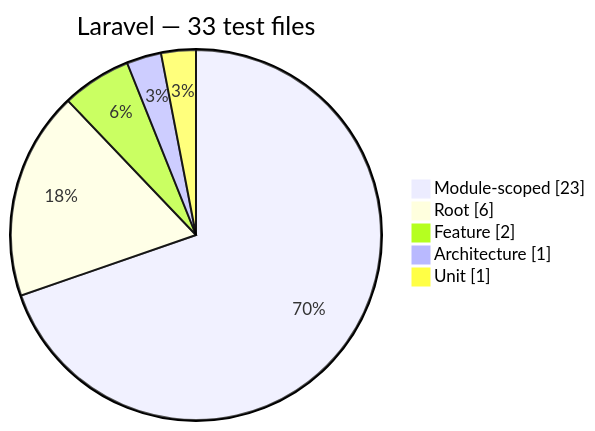
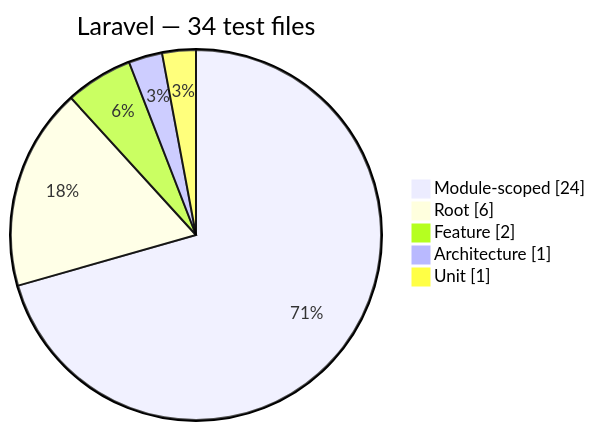
One commit to Mohammed-Alama/php-arazzo changed diagram 12 of 12 in docs/generated/test-composition.md. Above: the diagram before and after it, drawn with Mermaid. The commit also changed other lines of this file and 25 other files, not shown here.

````diff
--- a/docs/generated/test-composition.md
+++ b/docs/generated/test-composition.md
@@ -174,9 +174,9 @@
 ```mermaid
 pie showData
-    title Laravel — 33 test files
-    "Module-scoped": 23
+    title Laravel — 34 test files
+    "Module-scoped": 24
     "Root": 6
     "Feature": 2
     "Architecture": 1
     "Unit": 1
 ```
````
